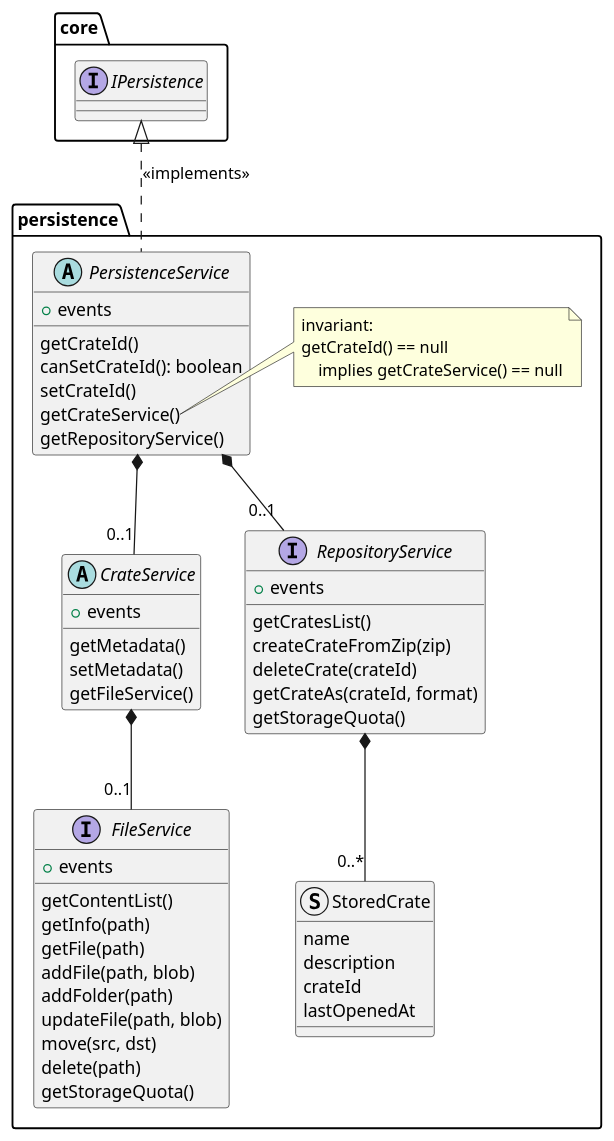
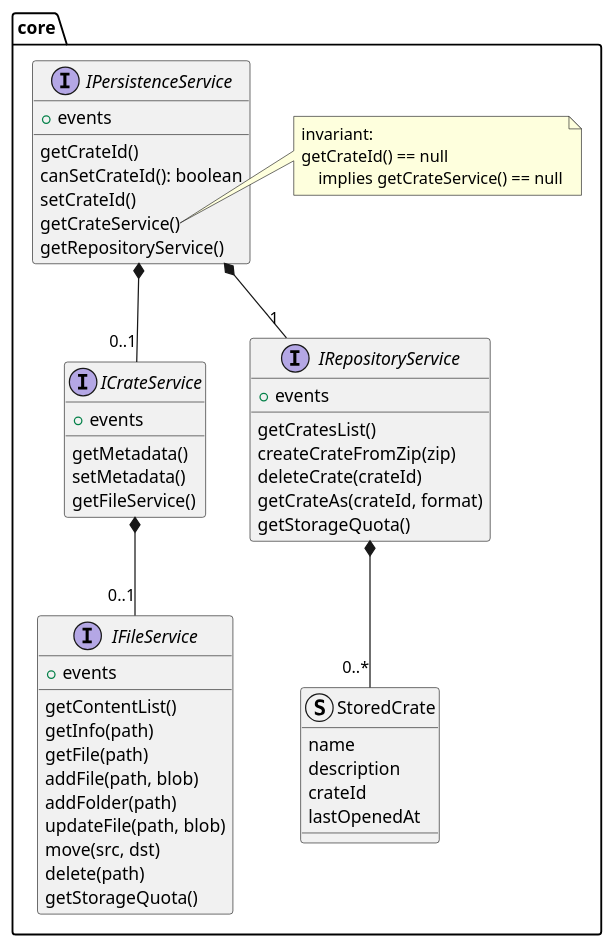
The diagram in docs/figures/lib-v2/lib-persistence.plantuml (kit-data-manager/NovaCrate), drawn with PlantUML before and after one commit. The commit also changed 9 other files, not shown here.

```diff
--- a/docs/figures/lib-v2/lib-persistence.plantuml
+++ b/docs/figures/lib-v2/lib-persistence.plantuml
@@ -1,68 +1,63 @@
 @startuml
 
 package core {
-    interface IPersistence
-}
-
-package persistence {
-    abstract PersistenceService {
+    interface IPersistenceService {
         + events
         getCrateId()
         canSetCrateId(): boolean
         setCrateId()
         getCrateService()
         getRepositoryService()
     }
 
-    IPersistence <|.. PersistenceService: <<implements>>
-
-    note right of PersistenceService::getCrateService()
-        invariant:
-        getCrateId() == null
-            implies getCrateService() == null
-    end note
-
-    abstract CrateService {
+    interface ICrateService {
         + events
         getMetadata()
         setMetadata()
         getFileService()
     }
 
-    interface FileService {
+    interface IFileService {
         + events
         getContentList()
         getInfo(path)
         getFile(path)
         addFile(path, blob)
         addFolder(path)
         updateFile(path, blob)
         move(src, dst)
         delete(path)
         getStorageQuota()
     }
-    interface RepositoryService {
+
+    interface IRepositoryService {
         + events
         getCratesList()
         createCrateFromZip(zip)
         deleteCrate(crateId)
         getCrateAs(crateId, format)
         getStorageQuota()
     }
 
     struct StoredCrate {
         name
         description
         crateId
         lastOpenedAt
     }
 
-RepositoryService *-- "0..*" StoredCrate
-    CrateService *-- "0..1" FileService
-    PersistenceService *-- "0..1" CrateService
-    PersistenceService *-- "0..1" RepositoryService
+    note right of IPersistenceService::getCrateService()
+        invariant:
+        getCrateId() == null
+            implies getCrateService() == null
+    end note
+
+    IRepositoryService *-- "0..*" StoredCrate
+    ICrateService *-- "0..1" IFileService
+    IPersistenceService *-- "0..1" ICrateService
+    IPersistenceService *-- "1" IRepositoryService
 }
 
 
 
 @enduml
```
